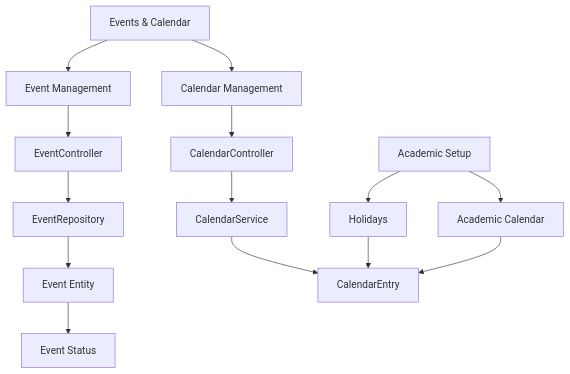
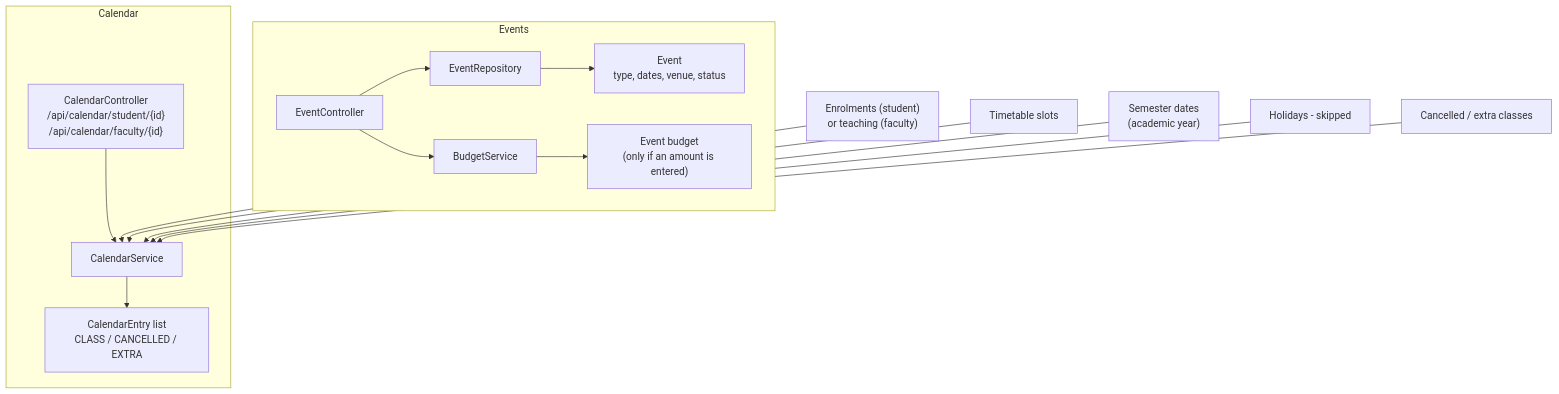
One commit to Git-punit/campus-erp changed diagram 15 of 19 in README.md. Above: the diagram before and after it, drawn with Mermaid. The commit also changed other lines of this file, not shown here.

````diff
--- a/README.md
+++ b/README.md
@@ -702,21 +768,18 @@
 ```mermaid
 flowchart TD
-    A["Events & Calendar"]
+    subgraph EV["Events"]
+        D["EventController"] --> E["EventRepository"] --> F["Event<br/>type, dates, venue, status"]
+        D --> B["BudgetService"] --> BG["Event budget<br/>(only if an amount is entered)"]
+    end
 
-    A --> B["Event Management"]
-    A --> C["Calendar Management"]
+    subgraph CA["Calendar"]
+        H["CalendarController<br/>/api/calendar/student/{id}<br/>/api/calendar/faculty/{id}"] --> I["CalendarService"]
+        I --> J["CalendarEntry list<br/>CLASS / CANCELLED / EXTRA"]
+    end
 
-    B --> D["EventController"]
-    D --> E["EventRepository"]
-    E --> F["Event Entity"]
-    F --> G["Event Status"]
-
-    C --> H["CalendarController"]
-    H --> I["CalendarService"]
-    I --> J["CalendarEntry"]
-
-    K["Academic Setup"] --> L["Holidays"]
-    K --> M["Academic Calendar"]
-    L --> J
-    M --> J
+    ENR["Enrolments (student)<br/>or teaching (faculty)"] --> I
+    SLOT["Timetable slots"] --> I
+    SEM["Semester dates<br/>(academic year)"] --> I
+    HOL["Holidays - skipped"] --> I
+    EXC["Cancelled / extra classes"] --> I
 ```
````
